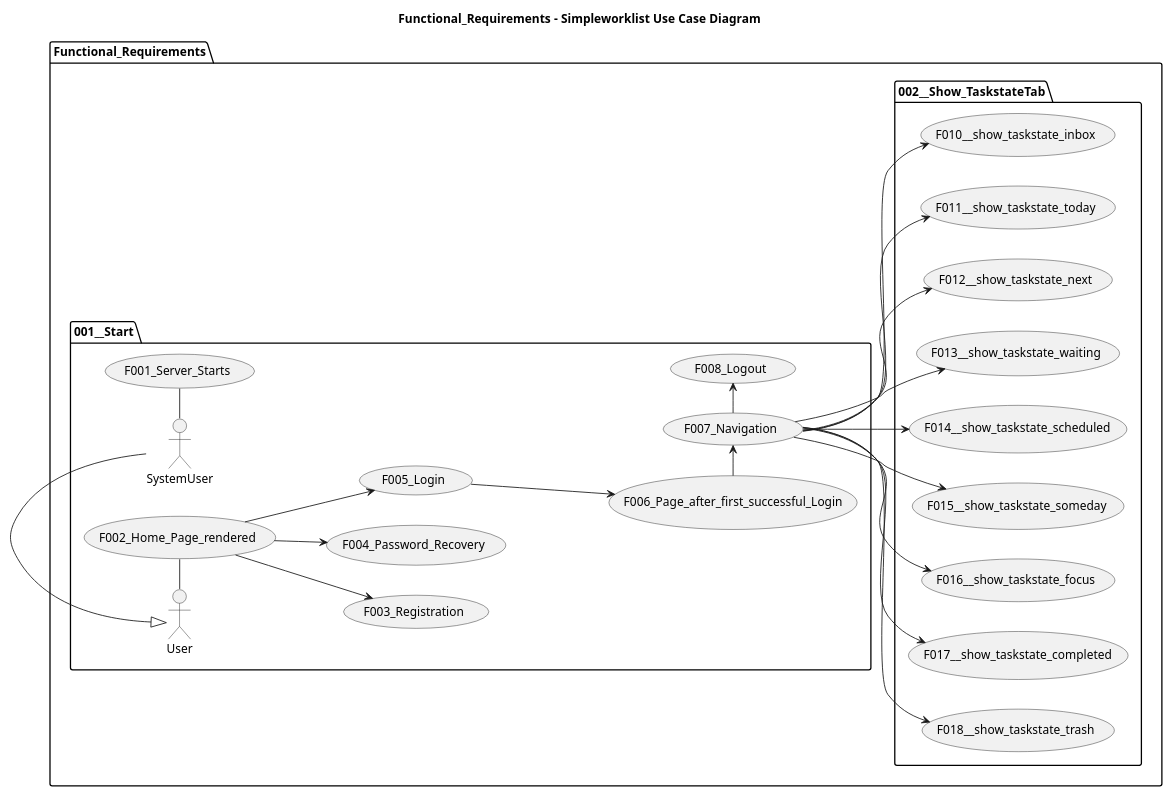
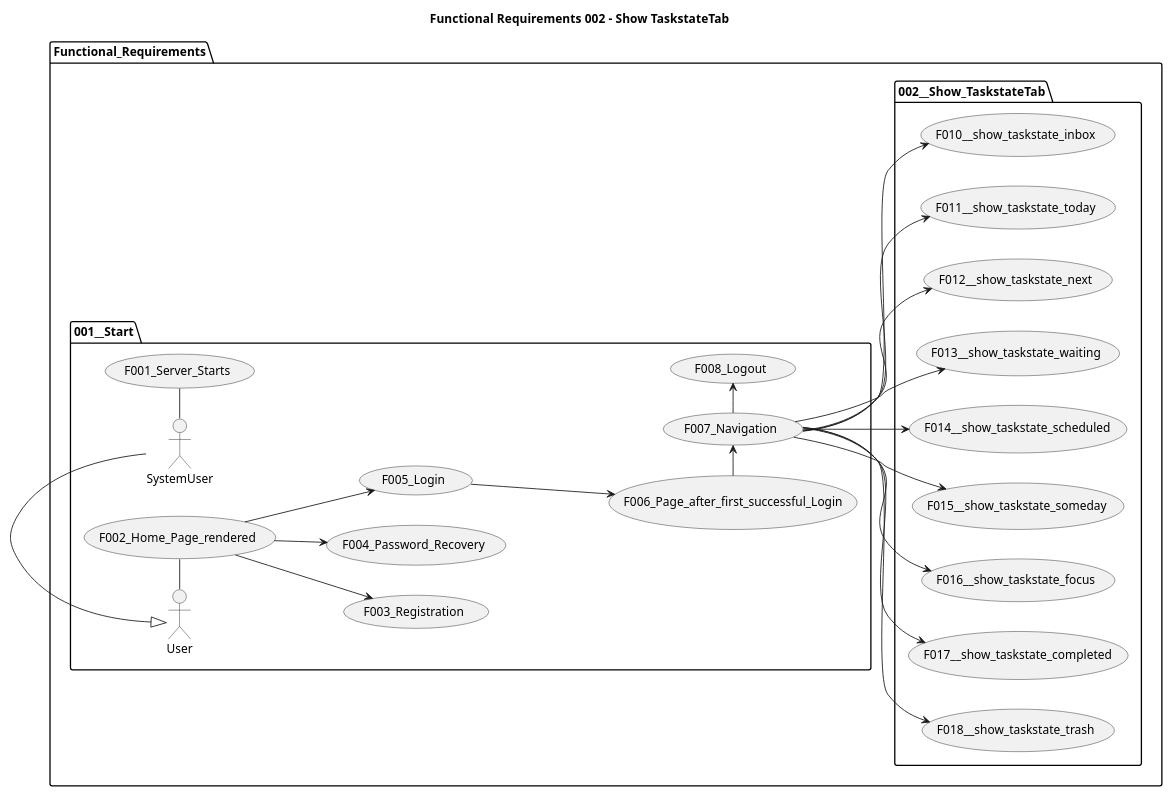
Before and after one commit to Spring-Framework-Java-Apps/simpleworklist: the diagram in src/main/plantuml/Simpleworklist__Use_Cases__002__Show_TaskstateTab.puml, drawn with PlantUML. The commit also changed 15 other files, not shown here.

```diff
--- a/src/main/plantuml/Simpleworklist__Use_Cases__002__Show_TaskstateTab.puml
+++ b/src/main/plantuml/Simpleworklist__Use_Cases__002__Show_TaskstateTab.puml
@@ -1,40 +1,40 @@
 @startuml
 
-title Functional_Requirements - Simpleworklist Use Case Diagram
+title Functional Requirements 002 - Show TaskstateTab
 
 left to right direction
 'top to bottom direction
 
 'https://plantuml.com/use-case-diagram
 
 scale 1200 width
 
 package Functional_Requirements {
 
   package 001__Start {
     SystemUser - (F001_Server_Starts)
     User - (F002_Home_Page_rendered)
     (F002_Home_Page_rendered) --> (F003_Registration)
     (F002_Home_Page_rendered) --> (F004_Password_Recovery)
     (F002_Home_Page_rendered) --> (F005_Login)
     (F005_Login) ---> (F006_Page_after_first_successful_Login)
     (F006_Page_after_first_successful_Login) -> (F007_Navigation)
     (F007_Navigation) -> (F008_Logout)
 
     User <|- SystemUser
   }
 
   package 002__Show_TaskstateTab {
     (F007_Navigation) --> (F010__show_taskstate_inbox)
     (F007_Navigation) --> (F011__show_taskstate_today)
     (F007_Navigation) --> (F012__show_taskstate_next)
     (F007_Navigation) --> (F013__show_taskstate_waiting)
     (F007_Navigation) --> (F014__show_taskstate_scheduled)
     (F007_Navigation) --> (F015__show_taskstate_someday)
     (F007_Navigation) --> (F016__show_taskstate_focus)
     (F007_Navigation) --> (F017__show_taskstate_completed)
     (F007_Navigation) --> (F018__show_taskstate_trash)
   }
 
 }
 @enduml
```
